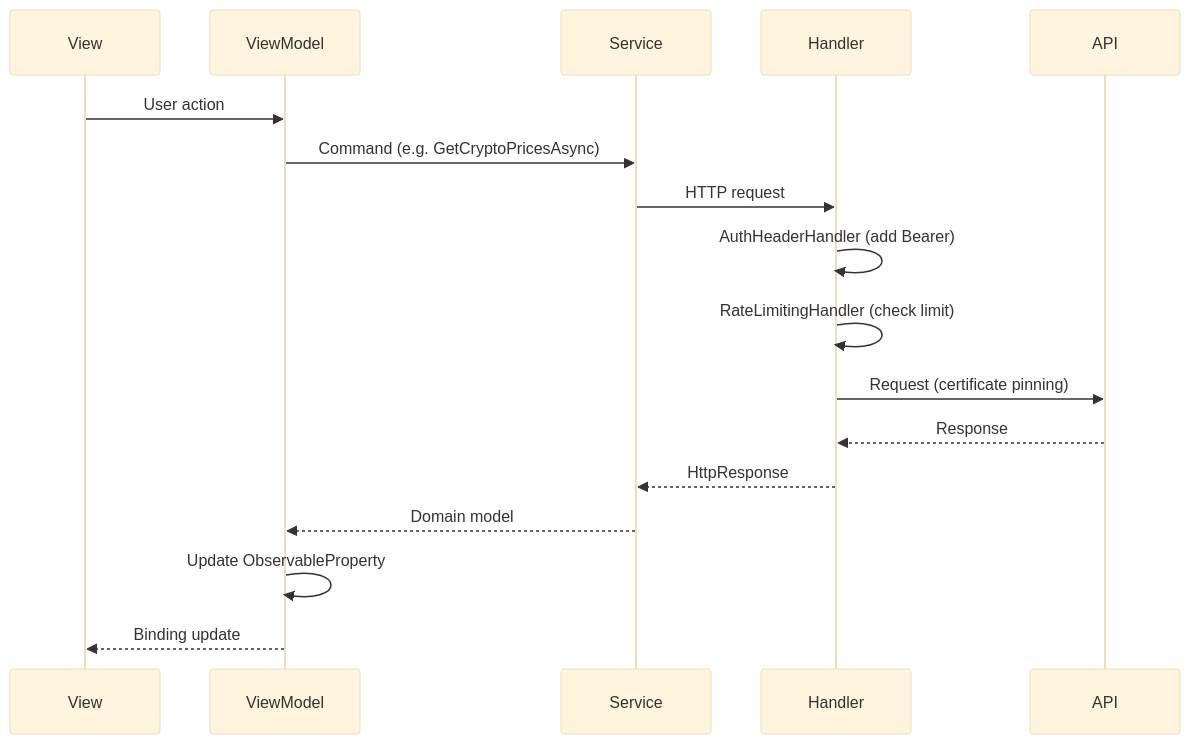
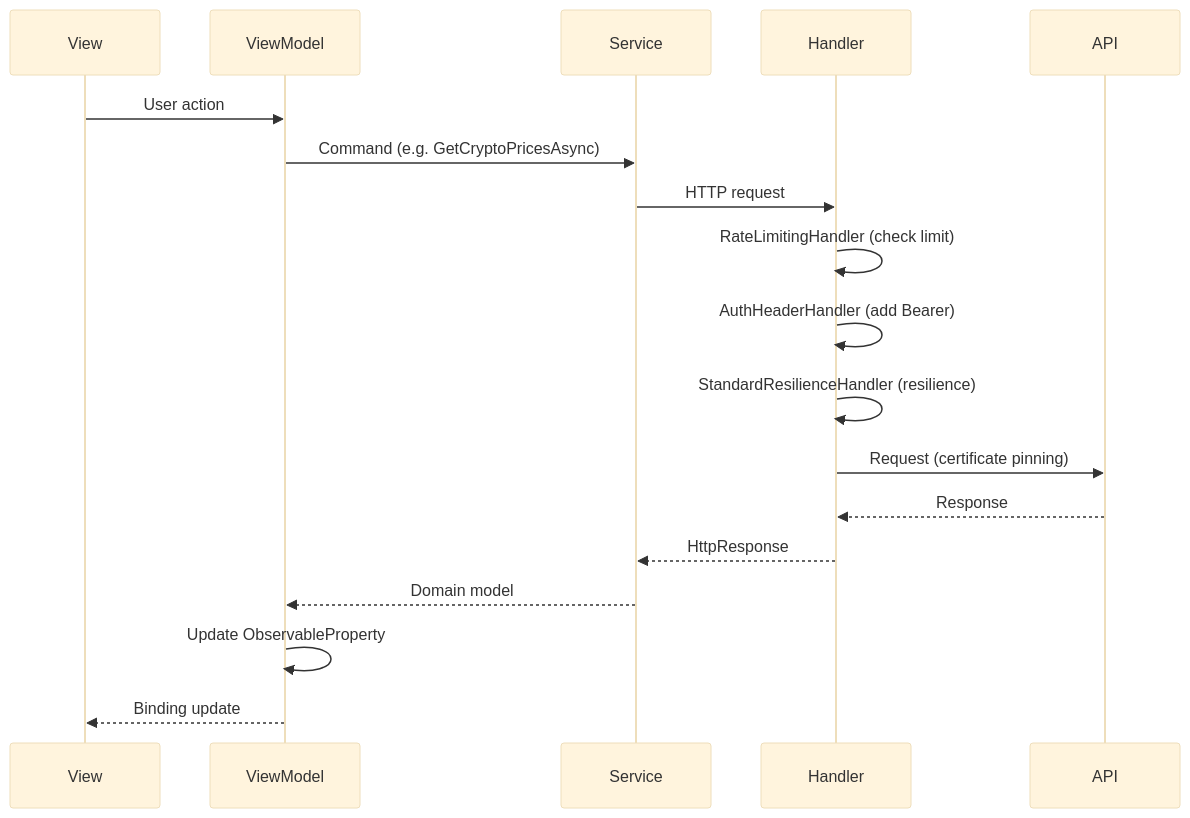
The second of 2 diagrams in docs/architecture.md (CB-st/CipherBank-App), drawn with Mermaid (base theme) before and after one commit. The commit also changed 2 other files, not shown here.

Commit message:
[Polish] Correct handler order, mock login and typed-client docs

````diff
--- a/docs/architecture.md
+++ b/docs/architecture.md
@@ -44,20 +44,21 @@
 ```mermaid
 sequenceDiagram
     participant View
     participant ViewModel
     participant Service
     participant Handler
     participant API
 
     View->>ViewModel: User action
     ViewModel->>Service: Command (e.g. GetCryptoPricesAsync)
     Service->>Handler: HTTP request
+    Handler->>Handler: RateLimitingHandler (check limit)
     Handler->>Handler: AuthHeaderHandler (add Bearer)
-    Handler->>Handler: RateLimitingHandler (check limit)
+    Handler->>Handler: StandardResilienceHandler (resilience)
     Handler->>API: Request (certificate pinning)
     API-->>Handler: Response
     Handler-->>Service: HttpResponse
     Service-->>ViewModel: Domain model
     ViewModel->>ViewModel: Update ObservableProperty
     ViewModel-->>View: Binding update
 ```
````
